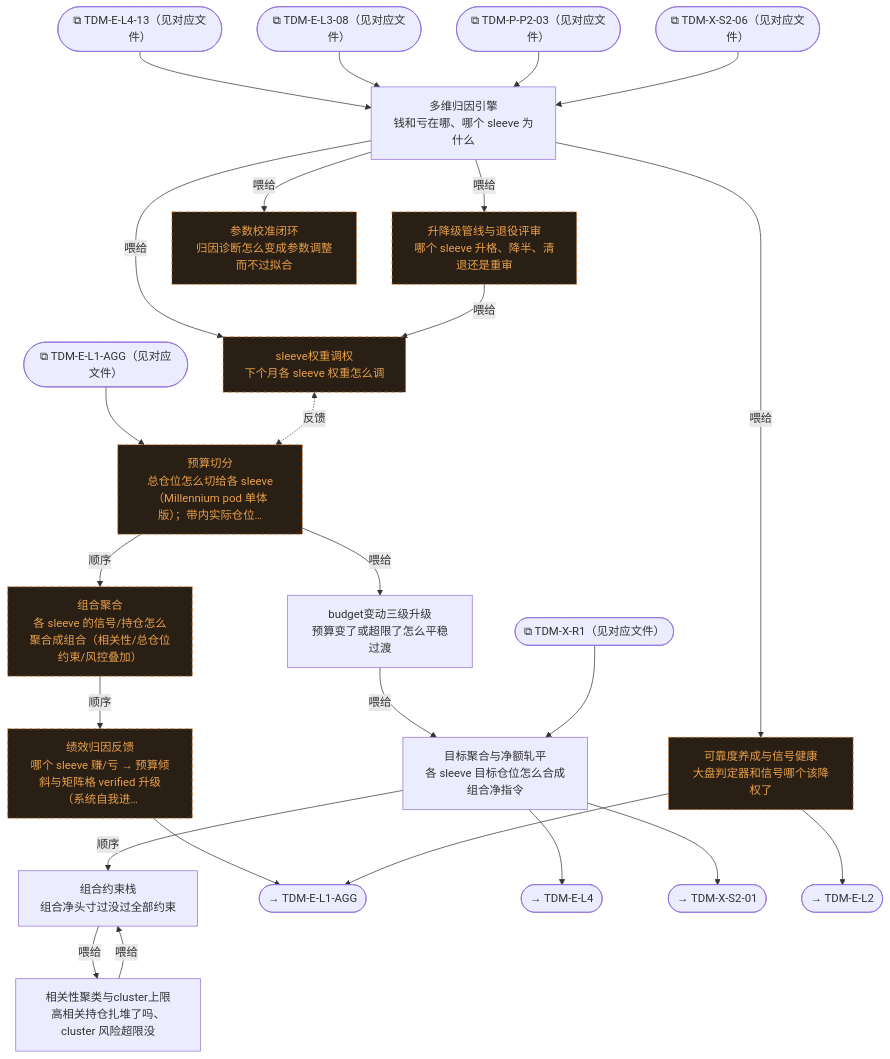
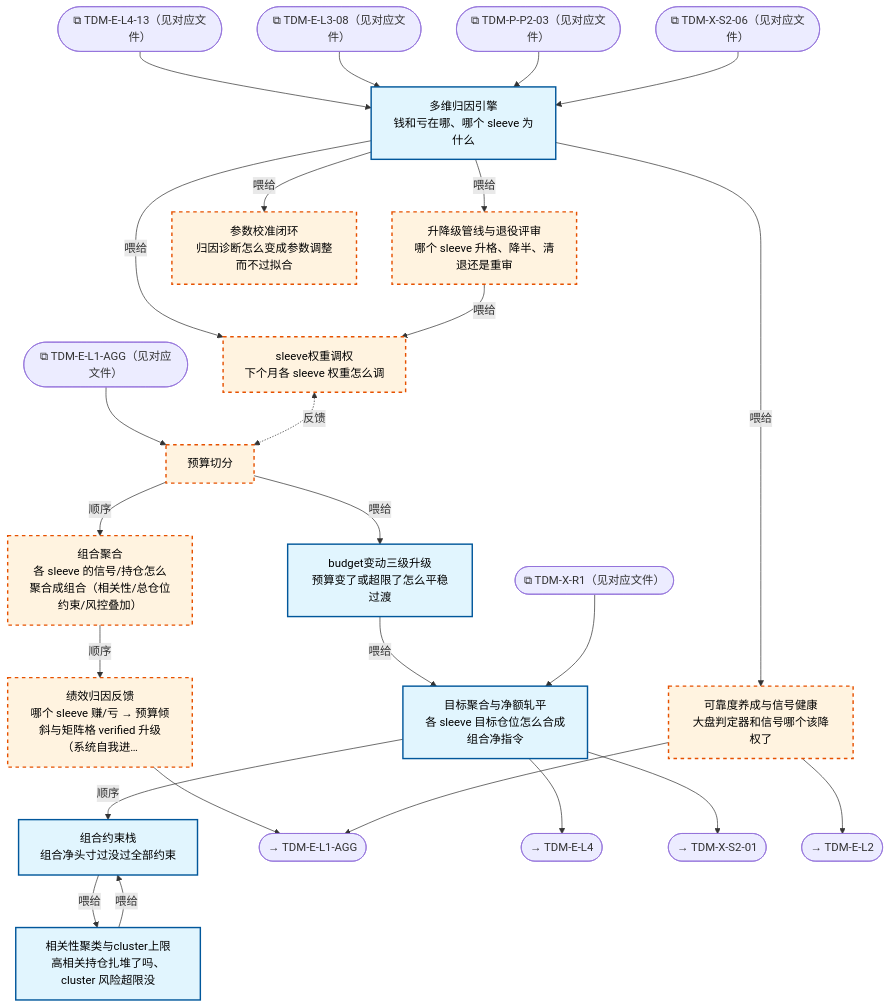
The diagram in docs/02_enterprise_architecture/10_trading_map/trading_map_07_f_portfolio.md (xuanFelixVan/ZephyrAlpha), drawn with Mermaid before and after one commit. The commit also changed other lines of this file and 11 other files, not shown here.

````diff
--- a/docs/02_enterprise_architecture/10_trading_map/trading_map_07_f_portfolio.md
+++ b/docs/02_enterprise_architecture/10_trading_map/trading_map_07_f_portfolio.md
@@ -20,48 +20,50 @@
 ```mermaid
 flowchart TD
-  TDM_F_C1["预算切分<br/>总仓位怎么切给各 sleeve（Millennium pod 单体版）；带内实际仓位…"]
+  TDM_F_C1["预算切分<br/>"]
   TDM_F_C2["组合聚合<br/>各 sleeve 的信号/持仓怎么聚合成组合（相关性/总仓位约束/风控叠加）"]
   TDM_F_C3["绩效归因反馈<br/>哪个 sleeve 赚/亏 → 预算倾斜与矩阵格 verified 升级（系统自我进…"]
   TDM_F_C2_01["目标聚合与净额轧平<br/>各 sleeve 目标仓位怎么合成组合净指令"]
   TDM_F_C2_02["组合约束栈<br/>组合净头寸过没过全部约束"]
   TDM_F_C2_03["相关性聚类与cluster上限<br/>高相关持仓扎堆了吗、cluster 风险超限没"]
   TDM_F_C2_04["budget变动三级升级<br/>预算变了或超限了怎么平稳过渡"]
   TDM_F_C3_01["多维归因引擎<br/>钱和亏在哪、哪个 sleeve 为什么"]
   TDM_F_C3_02["升降级管线与退役评审<br/>哪个 sleeve 升格、降半、清退还是重审"]
   TDM_F_C3_03["sleeve权重调权<br/>下个月各 sleeve 权重怎么调"]
   TDM_F_C3_04["参数校准闭环<br/>归因诊断怎么变成参数调整而不过拟合"]
   TDM_F_C3_05["可靠度养成与信号健康<br/>大盘判定器和信号哪个该降权了"]
   EXT_TDM_E_L4_13(["⧉ TDM-E-L4-13（见对应文件）"])
   EXT_TDM_E_L3_08(["⧉ TDM-E-L3-08（见对应文件）"])
   EXT_TDM_P_P2_03(["⧉ TDM-P-P2-03（见对应文件）"])
   EXT_TDM_X_S2_06(["⧉ TDM-X-S2-06（见对应文件）"])
   EXT_TDM_E_L1_AGG(["⧉ TDM-E-L1-AGG（见对应文件）"])
   EXT_TDM_X_R1(["⧉ TDM-X-R1（见对应文件）"])
   EXT_TDM_E_L4_13 --> TDM_F_C3_01
   EXT_TDM_E_L3_08 --> TDM_F_C3_01
   EXT_TDM_E_L1_AGG --> TDM_F_C1
   TDM_F_C1 -->|顺序| TDM_F_C2
   TDM_F_C2 -->|顺序| TDM_F_C3
   TDM_F_C3 --> EXT_OUT_TDM_E_L1_AGG([→ TDM-E-L1-AGG])
   EXT_TDM_P_P2_03 --> TDM_F_C3_01
   EXT_TDM_X_S2_06 --> TDM_F_C3_01
   TDM_F_C2_01 -->|顺序| TDM_F_C2_02
   TDM_F_C2_02 -->|喂给| TDM_F_C2_03
   TDM_F_C1 -->|喂给| TDM_F_C2_04
   TDM_F_C2_04 -->|喂给| TDM_F_C2_01
   TDM_F_C2_01 --> EXT_OUT_TDM_E_L4([→ TDM-E-L4])
   TDM_F_C3_01 -->|喂给| TDM_F_C3_02
   TDM_F_C3_01 -->|喂给| TDM_F_C3_03
   TDM_F_C3_01 -->|喂给| TDM_F_C3_04
   TDM_F_C3_01 -->|喂给| TDM_F_C3_05
   TDM_F_C3_02 -->|喂给| TDM_F_C3_03
   TDM_F_C3_05 --> EXT_OUT_TDM_E_L1_AGG([→ TDM-E-L1-AGG])
   EXT_TDM_X_R1 --> TDM_F_C2_01
   TDM_F_C2_01 --> EXT_OUT_TDM_X_S2_01([→ TDM-X-S2-01])
   TDM_F_C2_03 -->|喂给| TDM_F_C2_02
   TDM_F_C3_03 <-.->|反馈| TDM_F_C1
   TDM_F_C3_05 --> EXT_OUT_TDM_E_L2([→ TDM-E-L2])
-  classDef red fill:#2a1f14,stroke:#d97b29,color:#e8a04c,stroke-dasharray: 5 5;
-  classDef paper fill:#14263a,stroke:#3d8bff,color:#9cc3ef;
-  class TDM_F_C1,TDM_F_C2,TDM_F_C3,TDM_F_C3_02,TDM_F_C3_03,TDM_F_C3_04,TDM_F_C3_05 red;
+  classDef production fill:#e1f5fe,stroke:#01579b,stroke-width:2px,color:#000;
+  classDef design fill:#fff3e0,stroke:#e65100,stroke-width:2px,color:#000,stroke-dasharray: 5 5;
+  classDef paper fill:#e8f5e9,stroke:#2e7d32,stroke-width:2.5px,color:#000;
+  class TDM_F_C2_01,TDM_F_C2_02,TDM_F_C2_03,TDM_F_C2_04,TDM_F_C3_01 production;
+  class TDM_F_C1,TDM_F_C2,TDM_F_C3,TDM_F_C3_02,TDM_F_C3_03,TDM_F_C3_04,TDM_F_C3_05 design;
 ```
````
